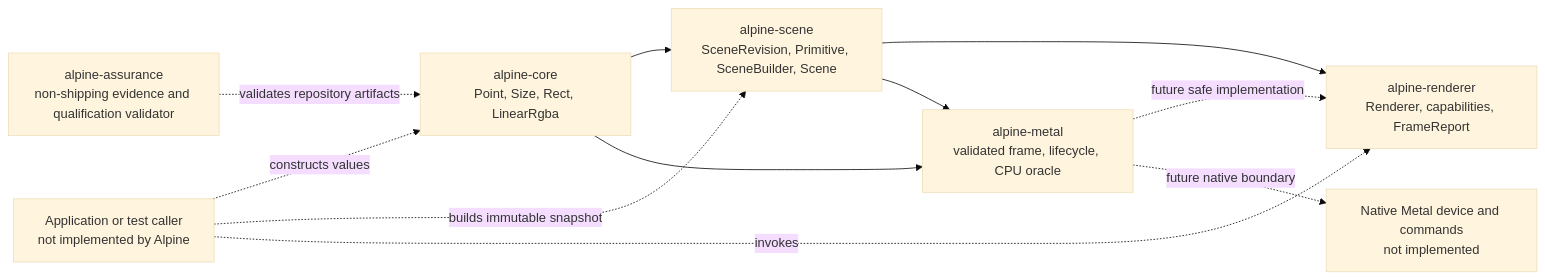
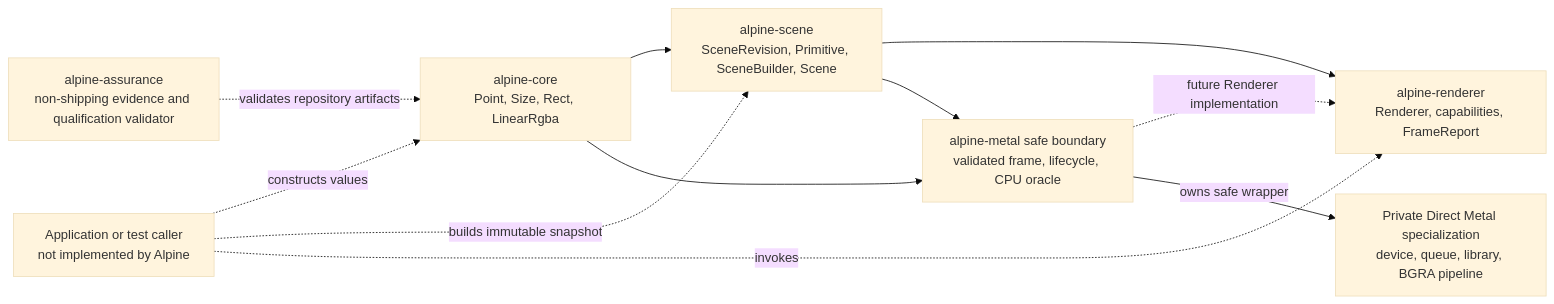
Before and after one commit to dbuddha/alpine-gpui: the first of 7 diagrams in ARCHITECTURE.md, drawn with Mermaid (base theme). The commit also changed other lines of this file and 25 other files, not shown here.

First line of the commit message:
feat(metal): initialize direct pipeline (#55)

````diff
--- a/ARCHITECTURE.md
+++ b/ARCHITECTURE.md
@@ -16,20 +20,20 @@
 ```mermaid
 flowchart LR
     caller["Application or test caller<br/>not implemented by Alpine"]
     core["alpine-core<br/>Point, Size, Rect, LinearRgba"]
     scene["alpine-scene<br/>SceneRevision, Primitive, SceneBuilder, Scene"]
     renderer["alpine-renderer<br/>Renderer, capabilities, FrameReport"]
-    metal["alpine-metal<br/>validated frame, lifecycle, CPU oracle"]
-    native["Native Metal device and commands<br/>not implemented"]
+    metal["alpine-metal safe boundary<br/>validated frame, lifecycle, CPU oracle"]
+    native["Private Direct Metal specialization<br/>device, queue, library, BGRA pipeline"]
     assurance["alpine-assurance<br/>non-shipping evidence and qualification validator"]
 
     core --> scene --> renderer
     core --> metal
     scene --> metal
-    metal -. "future safe implementation" .-> renderer
-    metal -. "future native boundary" .-> native
+    metal -. "future Renderer implementation" .-> renderer
+    metal -->|"owns safe wrapper"| native
     caller -. "constructs values" .-> core
     caller -. "builds immutable snapshot" .-> scene
     caller -. "invokes" .-> renderer
     assurance -. "validates repository artifacts" .-> core
 ```
````
